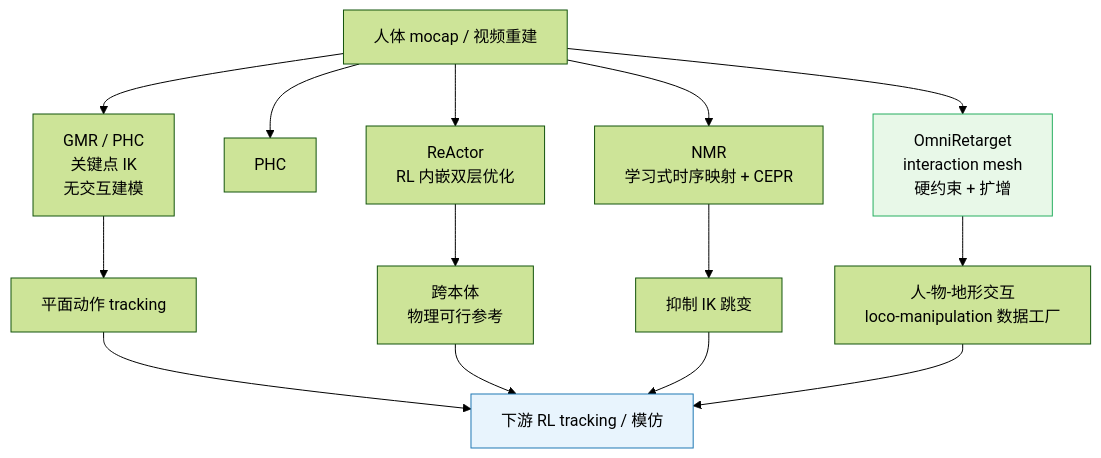
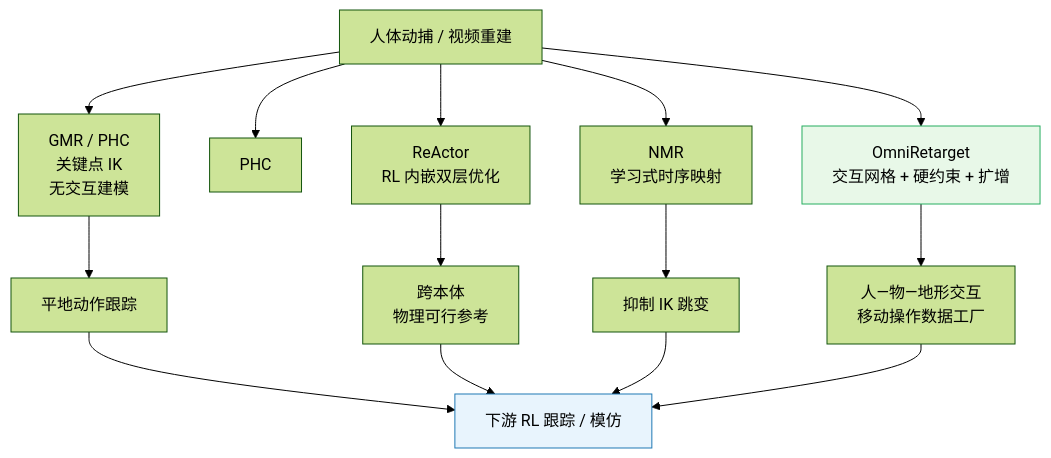
Before and after one commit to ImChong/Robot_Learning_Paper_Notebooks: the sixth of 6 diagrams in papers/02_Motion_Retargeting/OmniRetarget__Interaction-Preserving_Data_Generation_for_Humanoid_Whole-Body_Loc/OmniRetarget__Interaction-Preserving_Data_Generation_for_Humanoid_Whole-Body_Loc.md, drawn with Mermaid (forest theme). The commit also changed other lines of this file, not shown here.

First line of the commit message:
docs(OmniRetarget): 笔记对照 arXiv v3 与 holosoma 代码重写，具体实例换成复现实验的数

```diff
--- a/papers/02_Motion_Retargeting/OmniRetarget__Interaction-Preserving_Data_Generation_for_Humanoid_Whole-Body_Loc/OmniRetarget__Interaction-Preserving_Data_Generation_for_Humanoid_Whole-Body_Loc.md
+++ b/papers/02_Motion_Retargeting/OmniRetarget__Interaction-Preserving_Data_Generation_for_Humanoid_Whole-Body_Loc/OmniRetarget__Interaction-Preserving_Data_Generation_for_Humanoid_Whole-Body_Loc.md
@@ -782,21 +771,21 @@
 <div class="mermaid">
 flowchart TB
-    IN["人体 mocap / 视频重建"] --> GMR
+    IN["人体动捕 / 视频重建"] --> GMR
     IN --> PHC
     IN --> REACT
     IN --> NMR
     IN --> OMNI
 
-    GMR["GMR / PHC<br/>关键点 IK<br/>无交互建模"] --> OUT1["平面动作 tracking"]
+    GMR["GMR / PHC<br/>关键点 IK<br/>无交互建模"] --> OUT1["平地动作跟踪"]
     REACT["ReActor<br/>RL 内嵌双层优化"] --> OUT2["跨本体<br/>物理可行参考"]
-    NMR["NMR<br/>学习式时序映射 + CEPR"] --> OUT3["抑制 IK 跳变"]
-    OMNI["OmniRetarget<br/>interaction mesh<br/>硬约束 + 扩增"] --> OUT4["人-物-地形交互<br/>loco-manipulation 数据工厂"]
+    NMR["NMR<br/>学习式时序映射"] --> OUT3["抑制 IK 跳变"]
+    OMNI["OmniRetarget<br/>交互网格 + 硬约束 + 扩增"] --> OUT4["人—物—地形交互<br/>移动操作数据工厂"]
 
-    OUT1 --> RL["下游 RL tracking / 模仿"]
+    OUT1 --> RL["下游 RL 跟踪 / 模仿"]
     OUT2 --> RL
     OUT3 --> RL
     OUT4 --> RL
 
     style OMNI fill:#e8f8e8,stroke:#27ae60
     style RL fill:#e8f4fd,stroke:#1f78b4
 </div>
```
